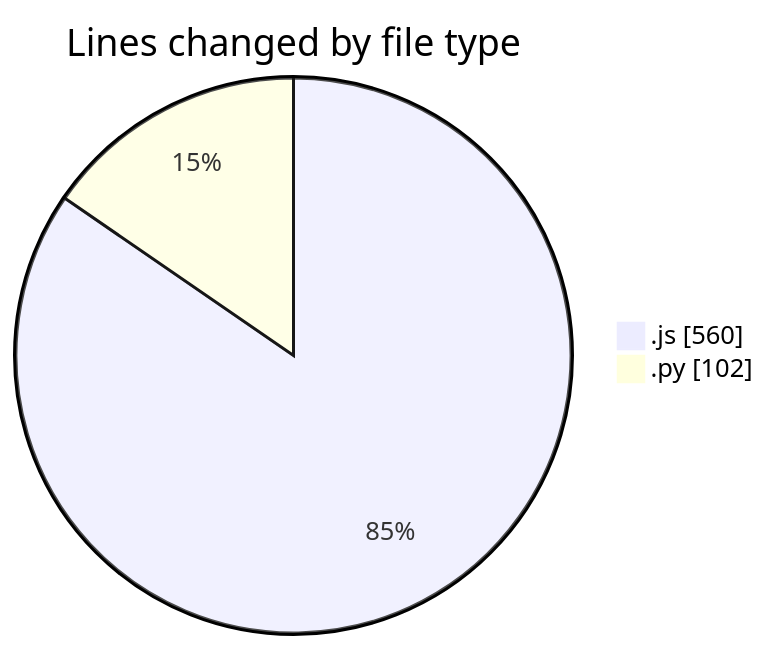
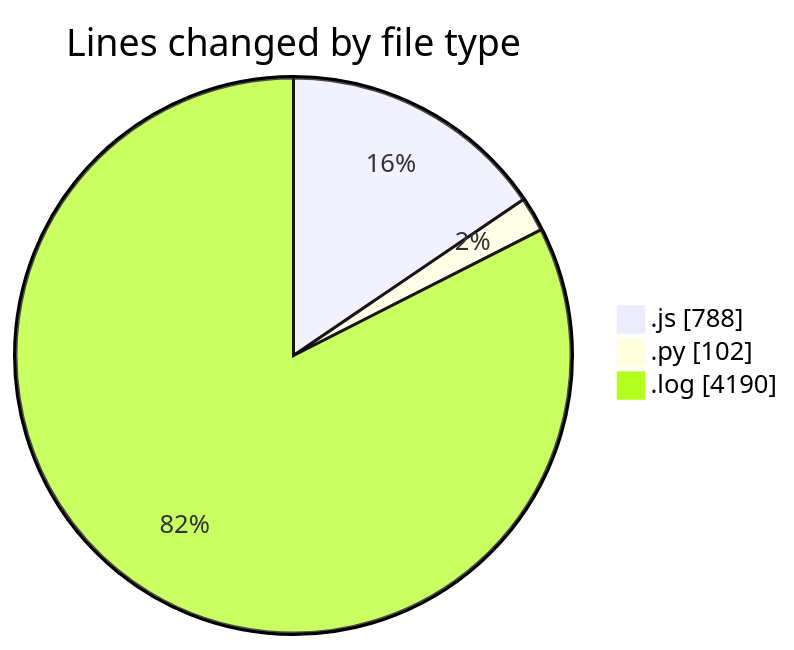
Before and after one commit to nxtqubesakshisongat/code-tracking: the first of 2 diagrams in 2025-04-14/nxtqube_webapp/README.md, drawn with Mermaid. The commit also changed other lines of this file and 1 other file, not shown here.

````diff
--- a/2025-04-14/nxtqube_webapp/README.md
+++ b/2025-04-14/nxtqube_webapp/README.md
@@ -21,6 +22,7 @@
 ```mermaid
 pie showData
 title Lines changed by file type
-".js" : 560
+".js" : 788
 ".py" : 102
+".log" : 4190
 ```
````
